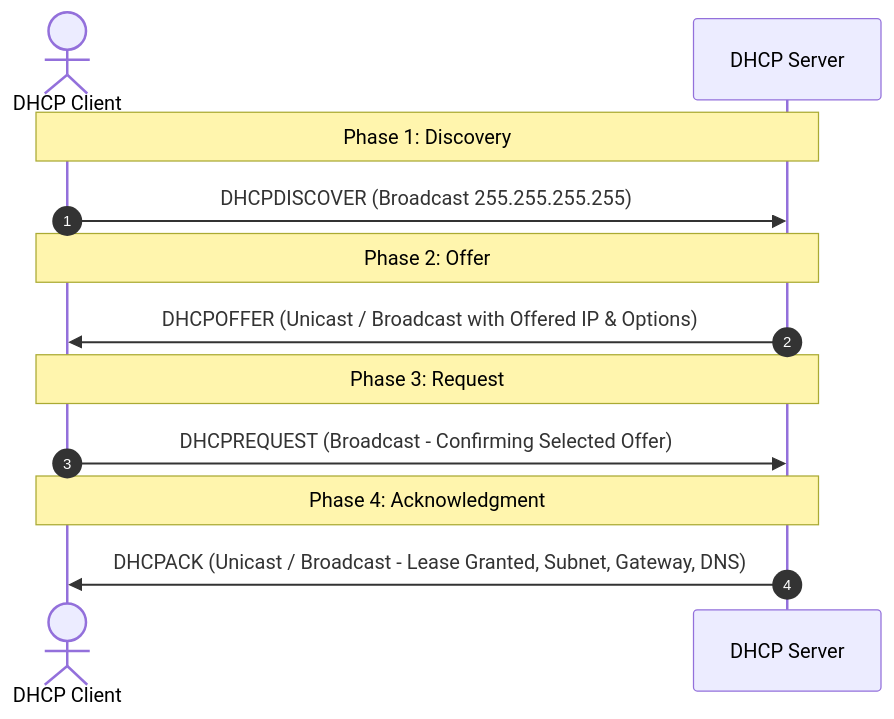
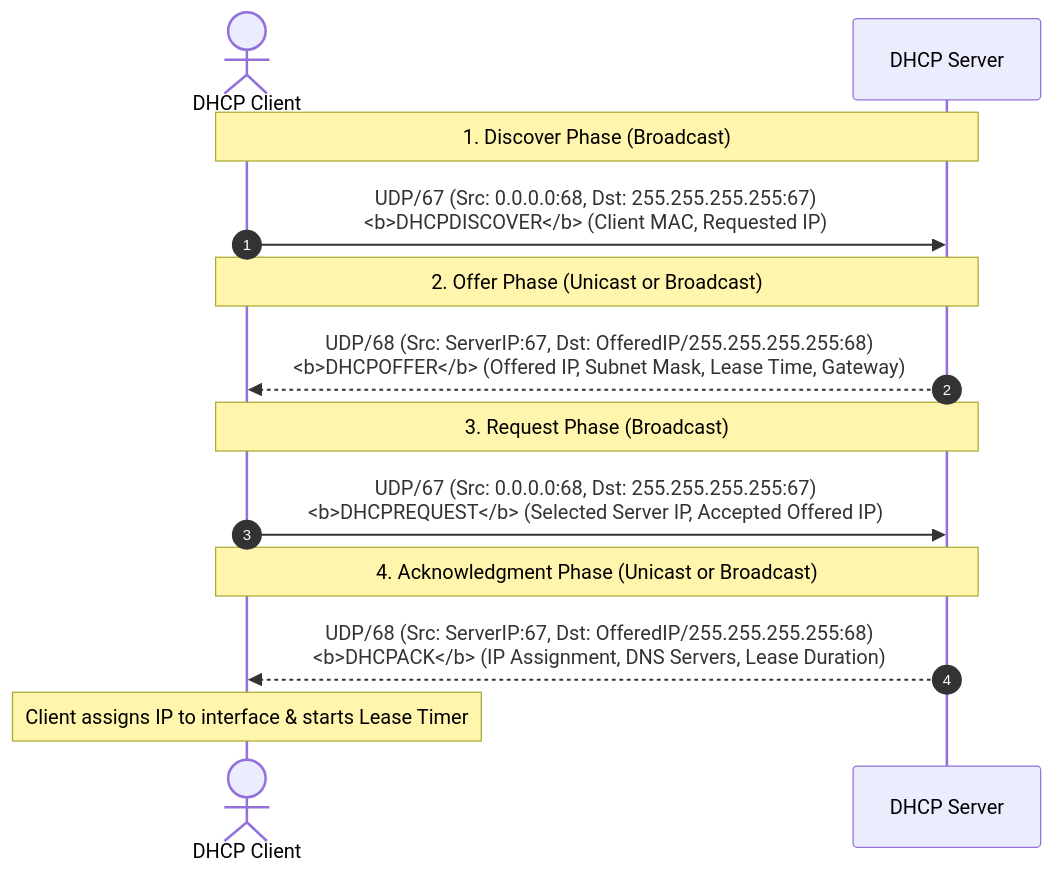
Before and after one commit to guidcruncher/astrolabed: the third of 4 diagrams in docs/architecture.md, drawn with Mermaid. The commit also changed other lines of this file, not shown here.

````diff
--- a/docs/architecture.md
+++ b/docs/architecture.md
@@ -132,18 +117,20 @@
 ```mermaid
 sequenceDiagram
     autonumber
     actor Client as DHCP Client
     participant Server as DHCP Server
 
-    Note over Client, Server: Phase 1: Discovery
-    Client->>Server: DHCPDISCOVER (Broadcast 255.255.255.255)
-    
-    Note over Client, Server: Phase 2: Offer
-    Server->>Client: DHCPOFFER (Unicast / Broadcast with Offered IP & Options)
-    
-    Note over Client, Server: Phase 3: Request
-    Client->>Server: DHCPREQUEST (Broadcast - Confirming Selected Offer)
-    
-    Note over Client, Server: Phase 4: Acknowledgment
-    Server->>Client: DHCPACK (Unicast / Broadcast - Lease Granted, Subnet, Gateway, DNS)
+    Note over Client, Server: 1. Discover Phase (Broadcast)
+    Client->>Server: UDP/67 (Src: 0.0.0.0:68, Dst: 255.255.255.255:67)<br/><b>DHCPDISCOVER</b> (Client MAC, Requested IP)
+
+    Note over Client, Server: 2. Offer Phase (Unicast or Broadcast)
+    Server-->>Client: UDP/68 (Src: ServerIP:67, Dst: OfferedIP/255.255.255.255:68)<br/><b>DHCPOFFER</b> (Offered IP, Subnet Mask, Lease Time, Gateway)
+
+    Note over Client, Server: 3. Request Phase (Broadcast)
+    Client->>Server: UDP/67 (Src: 0.0.0.0:68, Dst: 255.255.255.255:67)<br/><b>DHCPREQUEST</b> (Selected Server IP, Accepted Offered IP)
+
+    Note over Client, Server: 4. Acknowledgment Phase (Unicast or Broadcast)
+    Server-->>Client: UDP/68 (Src: ServerIP:67, Dst: OfferedIP/255.255.255.255:68)<br/><b>DHCPACK</b> (IP Assignment, DNS Servers, Lease Duration)
+
+    Note over Client: Client assigns IP to interface & starts Lease Timer
 ```
````
